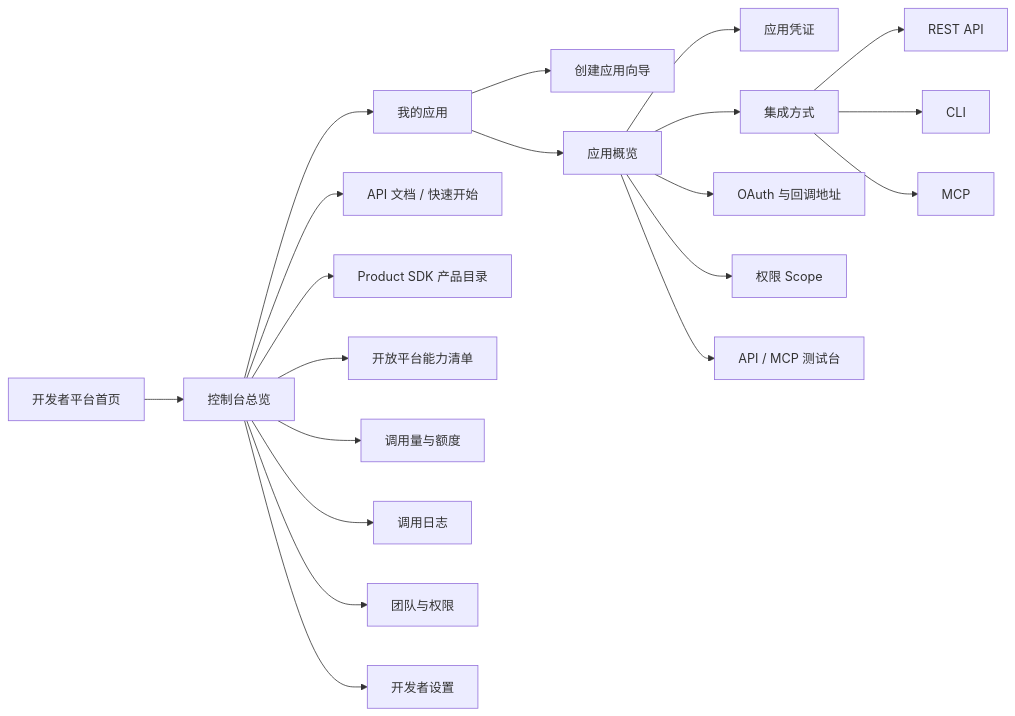
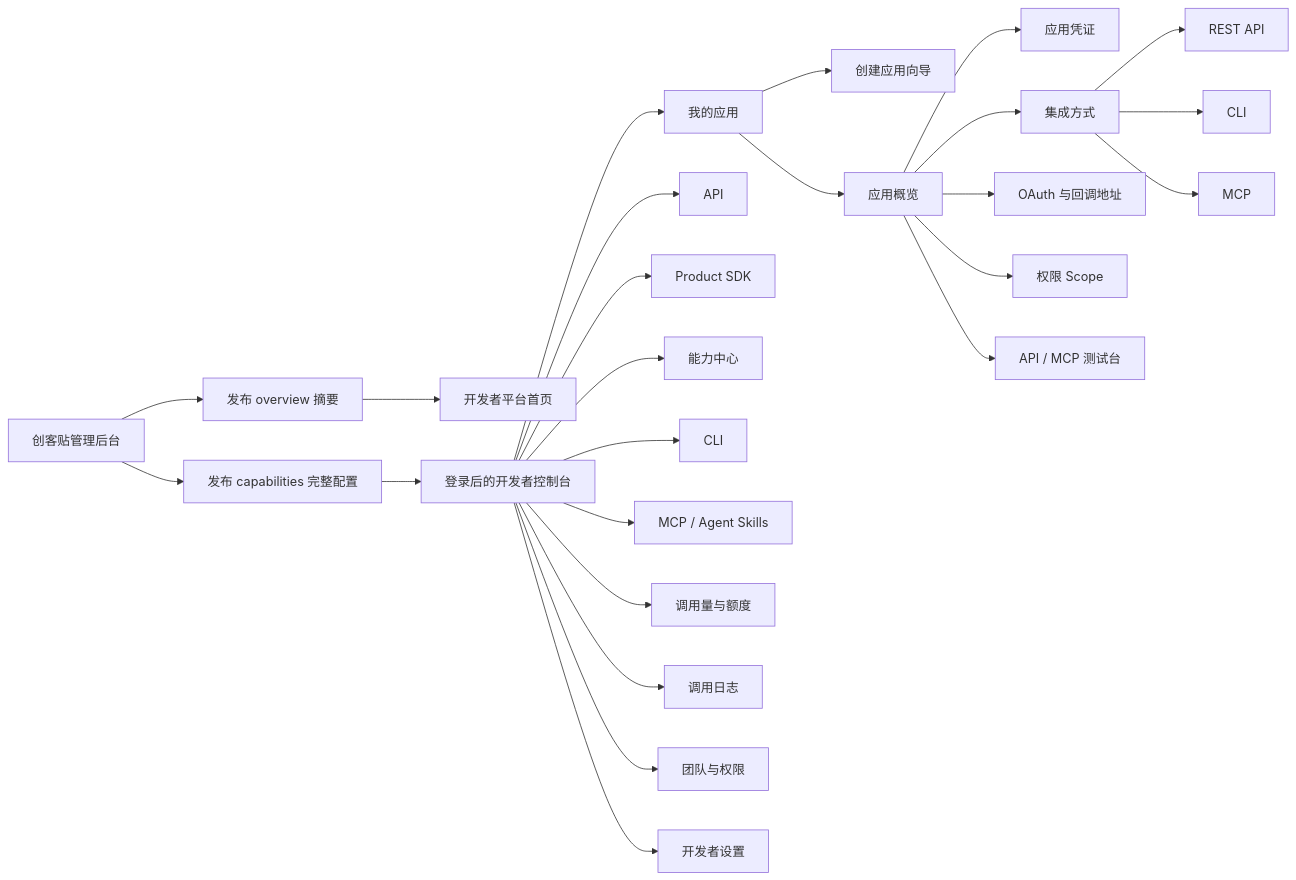
One commit to zhaowenwen6929/cktproduct changed the first of 2 diagrams in docs/创客贴开放平台-开发者中心-PRD.md. Above: the diagram before and after it, drawn with Mermaid. The commit also changed other lines of this file and 3 other files, not shown here.

````diff
--- a/docs/创客贴开放平台-开发者中心-PRD.md
+++ b/docs/创客贴开放平台-开发者中心-PRD.md
@@ -22,22 +22,27 @@
 ```mermaid
 flowchart LR
-  A[开发者平台首页] --> B[控制台总览]
+  Z[创客贴管理后台] --> Z1[发布 overview 摘要]
+  Z --> Z2[发布 capabilities 完整配置]
+  Z1 --> A[开发者平台首页]
+  Z2 --> B[登录后的开发者控制台]
   B --> C[我的应用]
   C --> C1[创建应用向导]
   C --> C2[应用概览]
   C2 --> D[应用凭证]
   C2 --> E[集成方式]
   C2 --> F[OAuth 与回调地址]
   C2 --> G[权限 Scope]
   C2 --> H[API / MCP 测试台]
-  B --> I[API 文档 / 快速开始]
-  B --> I1[Product SDK 产品目录]
-  B --> N[开放平台能力清单]
+  B --> I[API]
+  B --> I1[Product SDK]
+  B --> N[能力中心]
+  B --> N1[CLI]
+  B --> N2[MCP / Agent Skills]
   B --> J[调用量与额度]
   B --> K[调用日志]
   B --> L[团队与权限]
   B --> M[开发者设置]
   E --> E1[REST API]
   E --> E2[CLI]
   E --> E3[MCP]
 ```
````
